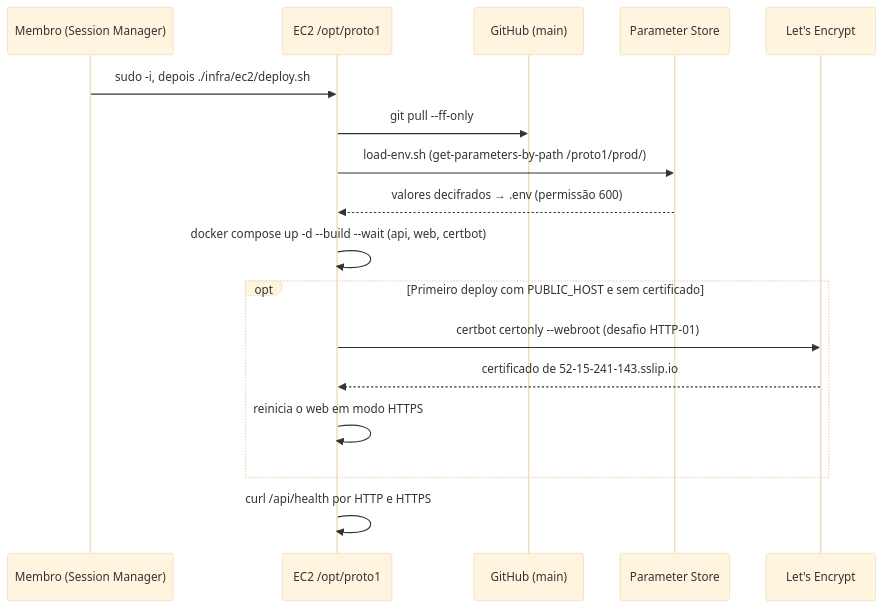
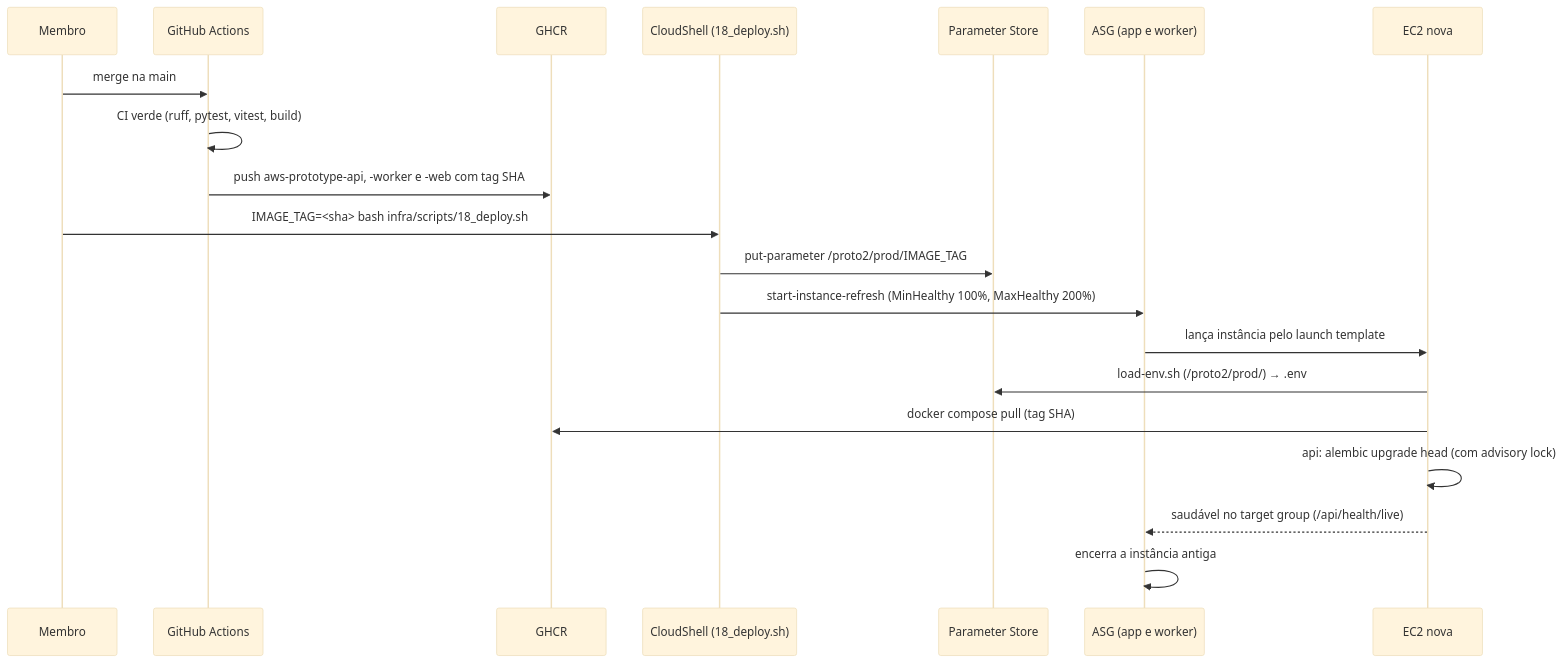
Before and after one commit to vickminari/aws-prototype: the sixth of 7 diagrams in docs/ARQUITETURA.md, drawn with Mermaid (base theme). The commit also changed other lines of this file, not shown here.

````diff
--- a/docs/ARQUITETURA.md
+++ b/docs/ARQUITETURA.md
@@ -183,20 +364,23 @@
 ```mermaid
 sequenceDiagram
-    participant D as Membro (Session Manager)
-    participant E as EC2 /opt/proto1
-    participant G as GitHub (main)
+    participant D as Membro
+    participant G as GitHub Actions
+    participant R as GHCR
+    participant C as CloudShell (18_deploy.sh)
     participant P as Parameter Store
-    participant L as Let's Encrypt
+    participant A as ASG (app e worker)
+    participant E as EC2 nova
 
-    D->>E: sudo -i, depois ./infra/ec2/deploy.sh
-    E->>G: git pull --ff-only
-    E->>P: load-env.sh (get-parameters-by-path /proto1/prod/)
-    P-->>E: valores decifrados → .env (permissão 600)
-    E->>E: docker compose up -d --build --wait (api, web, certbot)
-    opt Primeiro deploy com PUBLIC_HOST e sem certificado
-        E->>L: certbot certonly --webroot (desafio HTTP-01)
-        L-->>E: certificado de 52-15-241-143.sslip.io
-        E->>E: reinicia o web em modo HTTPS
-    end
-    E->>E: curl /api/health por HTTP e HTTPS
+    D->>G: merge na main
+    G->>G: CI verde (ruff, pytest, vitest, build)
+    G->>R: push aws-prototype-api, -worker e -web com tag SHA
+    D->>C: IMAGE_TAG=<sha> bash infra/scripts/18_deploy.sh
+    C->>P: put-parameter /proto2/prod/IMAGE_TAG
+    C->>A: start-instance-refresh (MinHealthy 100%, MaxHealthy 200%)
+    A->>E: lança instância pelo launch template
+    E->>P: load-env.sh (/proto2/prod/) → .env
+    E->>R: docker compose pull (tag SHA)
+    E->>E: api: alembic upgrade head (com advisory lock)
+    E-->>A: saudável no target group (/api/health/live)
+    A->>A: encerra a instância antiga
 ```
````
